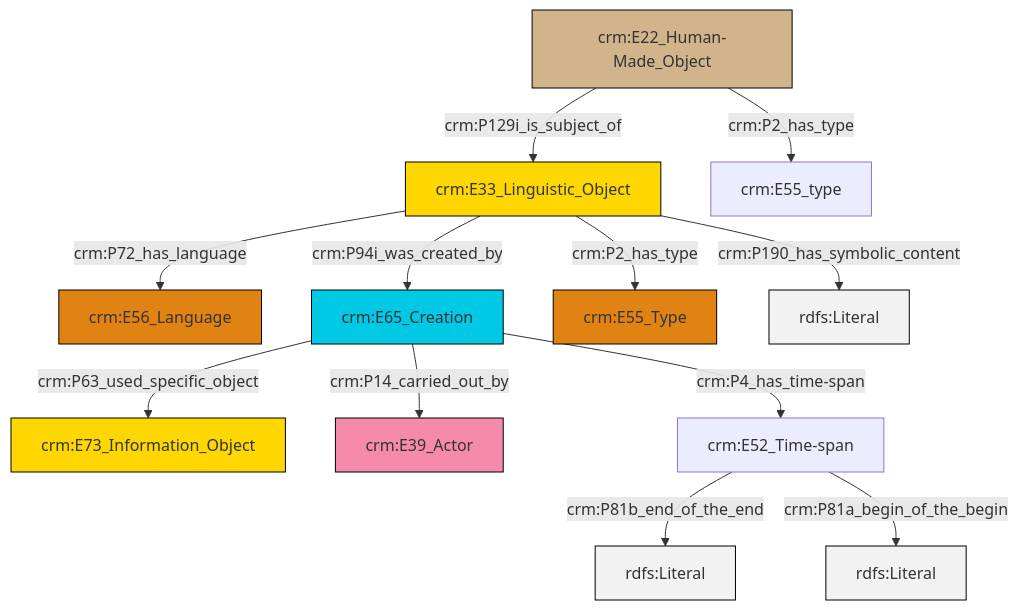
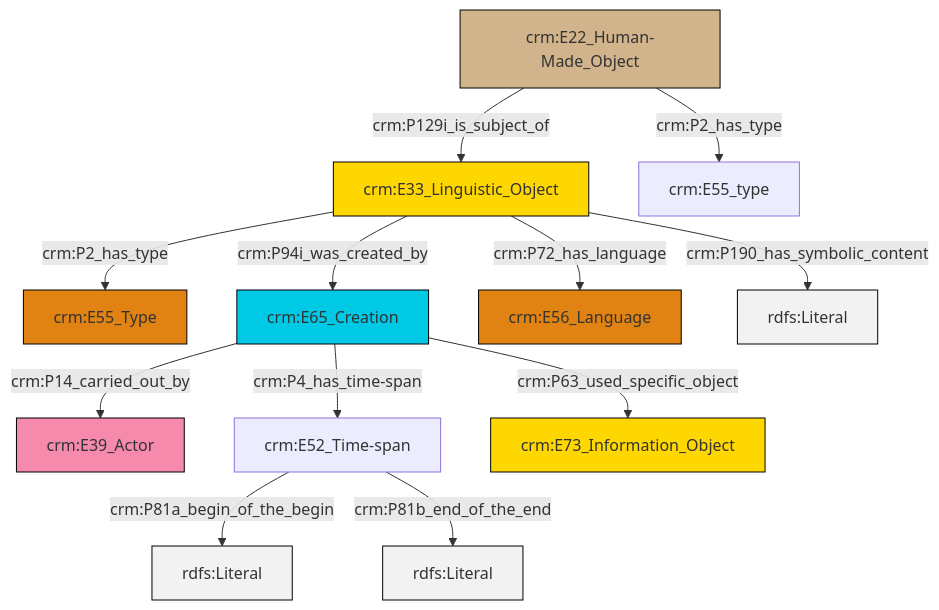
One commit to swiss-art-research-net/docs.swissartresearch changed the diagram in et/builtWorkCSV/ttl/mmd/Built_Work_description.ttl.mmd. Above: the diagram before and after it, drawn with Mermaid. The commit also changed 179 other files, not shown here.

```diff
--- a/et/builtWorkCSV/ttl/mmd/Built_Work_description.ttl.mmd
+++ b/et/builtWorkCSV/ttl/mmd/Built_Work_description.ttl.mmd
@@ -1,26 +1,26 @@
 graph TD
 classDef Literal fill:#f2f2f2,stroke:#000000;
 classDef CRM_Entity fill:#FFFFFF,stroke:#000000;
 classDef Temporal_Entity fill:#00C9E6, stroke:#000000;
 classDef Type fill:#E18312, stroke:#000000;
 classDef Time-Span fill:#2C9C91, stroke:#000000;
 classDef Appellation fill:#FFEB7F, stroke:#000000;
 classDef Place fill:#008836, stroke:#000000;
 classDef Persistent_Item fill:#B266B2, stroke:#000000;
 classDef Conceptual_Object fill:#FFD700, stroke:#000000;
 classDef Physical_Thing fill:#D2B48C, stroke:#000000;
 classDef Actor fill:#f58aad, stroke:#000000;
 classDef PC_Classes fill:#4ce600, stroke:#000000;
 classDef Multi fill:#cccccc,stroke:#000000;
 
-0["crm:E33_Linguistic_Object"]:::Conceptual_Object -->|crm:P72_has_language| 1["crm:E56_Language"]:::Type
-4["crm:E22_Human-Made_Object"]:::Physical_Thing -->|crm:P129i_is_subject_of| 0["crm:E33_Linguistic_Object"]:::Conceptual_Object
-4["crm:E22_Human-Made_Object"]:::Physical_Thing -->|crm:P2_has_type| 8["crm:E55_type"]:::Default
-9["crm:E65_Creation"]:::Temporal_Entity -->|crm:P14_carried_out_by| 6["crm:E39_Actor"]:::Actor
-9["crm:E65_Creation"]:::Temporal_Entity -->|crm:P63_used_specific_object| 2["crm:E73_Information_Object"]:::Conceptual_Object
-11["crm:E52_Time-span"]:::Default -->|crm:P81b_end_of_the_end| 12[rdfs:Literal]:::Literal
-0["crm:E33_Linguistic_Object"]:::Conceptual_Object -->|crm:P2_has_type| 13["crm:E55_Type"]:::Type
-0["crm:E33_Linguistic_Object"]:::Conceptual_Object -->|crm:P190_has_symbolic_content| 14[rdfs:Literal]:::Literal
-0["crm:E33_Linguistic_Object"]:::Conceptual_Object -->|crm:P94i_was_created_by| 9["crm:E65_Creation"]:::Temporal_Entity
-11["crm:E52_Time-span"]:::Default -->|crm:P81a_begin_of_the_begin| 18[rdfs:Literal]:::Literal
-9["crm:E65_Creation"]:::Temporal_Entity -->|crm:P4_has_time-span| 11["crm:E52_Time-span"]:::Default
+2["crm:E33_Linguistic_Object"]:::Conceptual_Object -->|crm:P2_has_type| 3["crm:E55_Type"]:::Type
+2["crm:E33_Linguistic_Object"]:::Conceptual_Object -->|crm:P94i_was_created_by| 6["crm:E65_Creation"]:::Temporal_Entity
+6["crm:E65_Creation"]:::Temporal_Entity -->|crm:P14_carried_out_by| 0["crm:E39_Actor"]:::Actor
+7["crm:E52_Time-span"]:::Default -->|crm:P81a_begin_of_the_begin| 9[rdfs:Literal]:::Literal
+6["crm:E65_Creation"]:::Temporal_Entity -->|crm:P4_has_time-span| 7["crm:E52_Time-span"]:::Default
+6["crm:E65_Creation"]:::Temporal_Entity -->|crm:P63_used_specific_object| 10["crm:E73_Information_Object"]:::Conceptual_Object
+11["crm:E22_Human-Made_Object"]:::Physical_Thing -->|crm:P129i_is_subject_of| 2["crm:E33_Linguistic_Object"]:::Conceptual_Object
+7["crm:E52_Time-span"]:::Default -->|crm:P81b_end_of_the_end| 17[rdfs:Literal]:::Literal
+2["crm:E33_Linguistic_Object"]:::Conceptual_Object -->|crm:P72_has_language| 13["crm:E56_Language"]:::Type
+2["crm:E33_Linguistic_Object"]:::Conceptual_Object -->|crm:P190_has_symbolic_content| 18[rdfs:Literal]:::Literal
+11["crm:E22_Human-Made_Object"]:::Physical_Thing -->|crm:P2_has_type| 4["crm:E55_type"]:::Default
```
